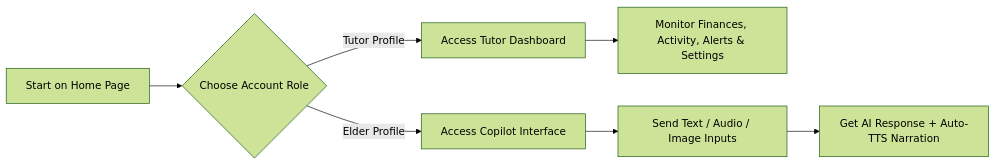
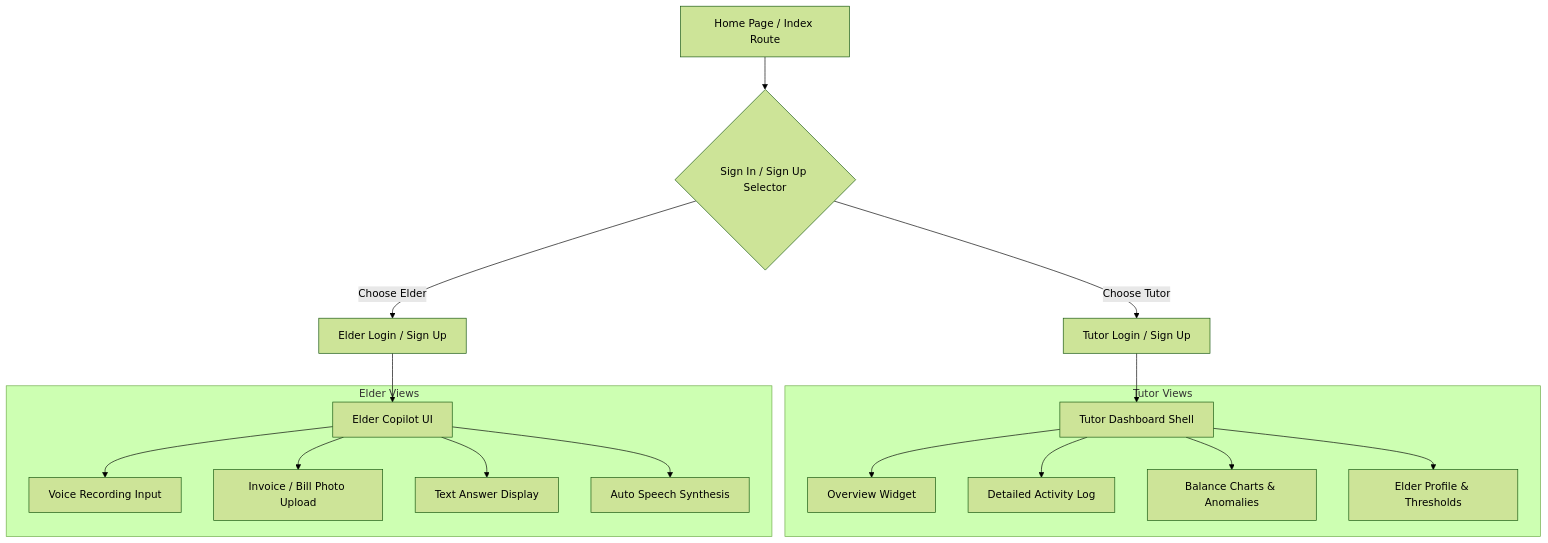
Before and after one commit to Vinomo4/familIA_frontend: the diagram in docs/user-guide.md, drawn with Mermaid (forest theme). The commit also changed other lines of this file and 5 other files, not shown here.

````diff
--- a/docs/user-guide.md
+++ b/docs/user-guide.md
@@ -11,9 +28,22 @@
 ```mermaid
-flowchart LR
-    A[Start on Home Page] --> B{Choose Account Role}
-    B -->|Tutor Profile| C[Access Tutor Dashboard]
-    B -->|Elder Profile| D[Access Copilot Interface]
-    C --> E[Monitor Finances, Activity, Alerts & Settings]
-    D --> F[Send Text / Audio / Image Inputs]
-    F --> G[Get AI Response + Auto-TTS Narration]
+flowchart TD
+    Start[Home Page / Index Route] --> SelectAuth{Sign In / Sign Up Selector}
+    SelectAuth -->|Choose Tutor| AuthTutor[Tutor Login / Sign Up]
+    SelectAuth -->|Choose Elder| AuthElder[Elder Login / Sign Up]
+    AuthTutor --> Dash[Tutor Dashboard Shell]
+    AuthElder --> Copilot[Elder Copilot UI]
+
+    subgraph Tutor Views
+    Dash --> Overview[Overview Widget]
+    Dash --> Activity[Detailed Activity Log]
+    Dash --> Finance[Balance Charts & Anomalies]
+    Dash --> Settings[Elder Profile & Thresholds]
+    end
+
+    subgraph Elder Views
+    Copilot --> Speak[Voice Recording Input]
+    Copilot --> Upload[Invoice / Bill Photo Upload]
+    Copilot --> Response[Text Answer Display]
+    Copilot --> TTS[Auto Speech Synthesis]
+    end
 ```
````
